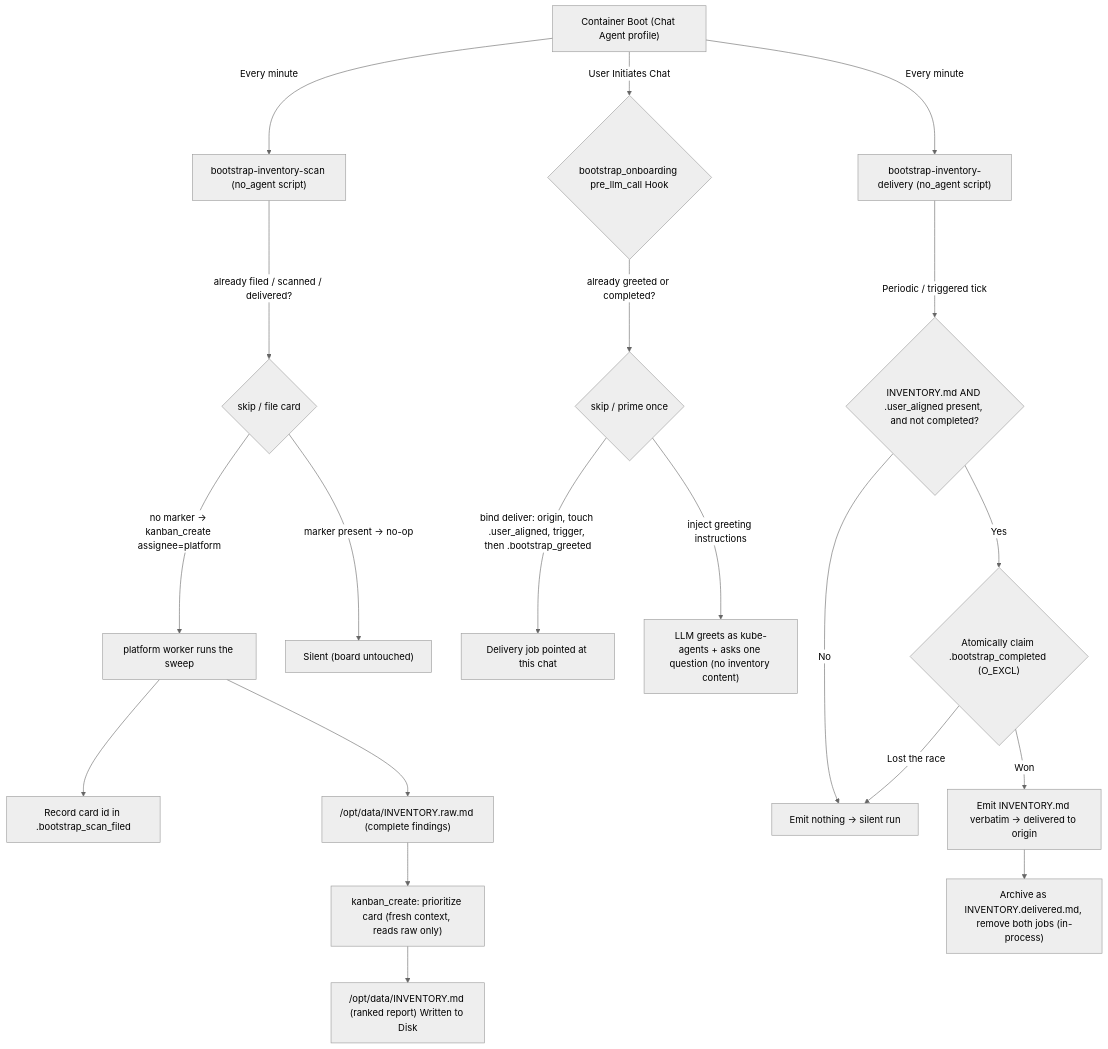
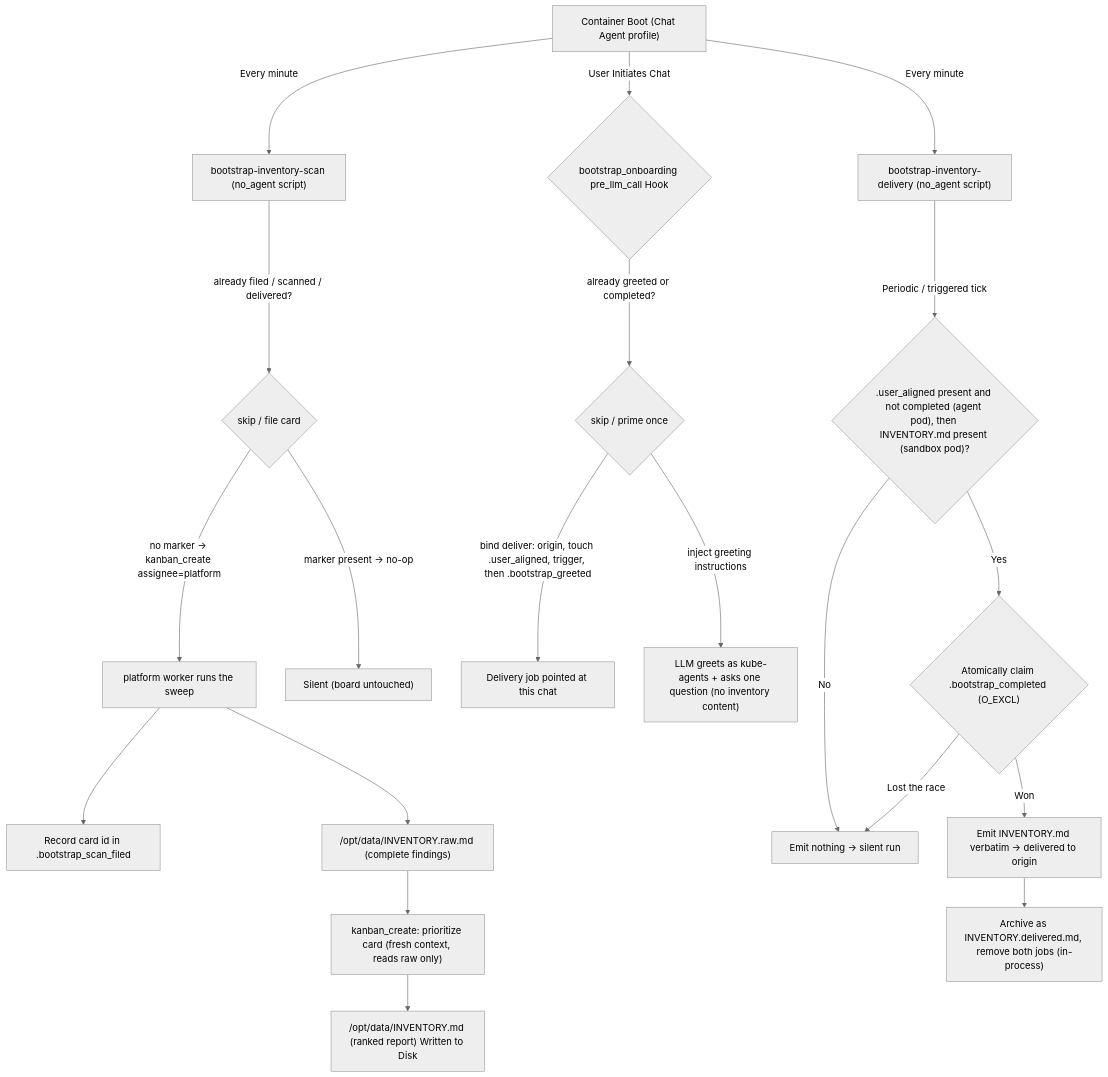
Before and after one commit to gke-labs/kube-agents: the first of 3 diagrams in agents/chat/defaults/plugins/bootstrap_onboarding/README.md, drawn with Mermaid (neutral theme). The commit also changed other lines of this file and 13 other files, not shown here.

````diff
--- a/agents/chat/defaults/plugins/bootstrap_onboarding/README.md
+++ b/agents/chat/defaults/plugins/bootstrap_onboarding/README.md
@@ -49,25 +49,25 @@
 ```mermaid
 graph TD
     A["Container Boot (Chat Agent profile)"] -->|Every minute| B["bootstrap-inventory-scan (no_agent script)"]
     A -->|Every minute| C["bootstrap-inventory-delivery (no_agent script)"]
     A -->|User Initiates Chat| D{"bootstrap_onboarding pre_llm_call Hook"}
 
     B -->|already filed / scanned / delivered?| B2{"skip / file card"}
     B2 -->|no marker -> kanban_create assignee=platform| P["platform worker runs the sweep"]
     P --> PM["Record card id in .bootstrap_scan_filed"]
     P --> R["/opt/data/INVENTORY.raw.md (complete findings)"]
     R --> Q["kanban_create: prioritize card (fresh context, reads raw only)"]
     Q --> E["/opt/data/INVENTORY.md (ranked report) Written to Disk"]
     B2 -->|marker present -> no-op| F["Silent (board untouched)"]
 
     D -->|already greeted or completed?| DG{"skip / prime once"}
     DG -->|bind deliver: origin, touch .user_aligned, trigger, then .bootstrap_greeted| G["Delivery job pointed at this chat"]
     DG -->|inject greeting instructions| H["LLM greets as kube-agents + asks one question (no inventory content)"]
 
-    C -->|Periodic / triggered tick| I{"INVENTORY.md AND .user_aligned present, and not completed?"}
+    C -->|Periodic / triggered tick| I{".user_aligned present and not completed (agent pod), then INVENTORY.md present (sandbox pod)?"}
     I -->|No| J["Emit nothing -> silent run"]
     I -->|Yes| CL{"Atomically claim .bootstrap_completed (O_EXCL)"}
     CL -->|Lost the race| J
     CL -->|Won| K["Emit INVENTORY.md verbatim -> delivered to origin"]
     K --> L["Archive as INVENTORY.delivered.md, remove both jobs (in-process)"]
 ```
````
